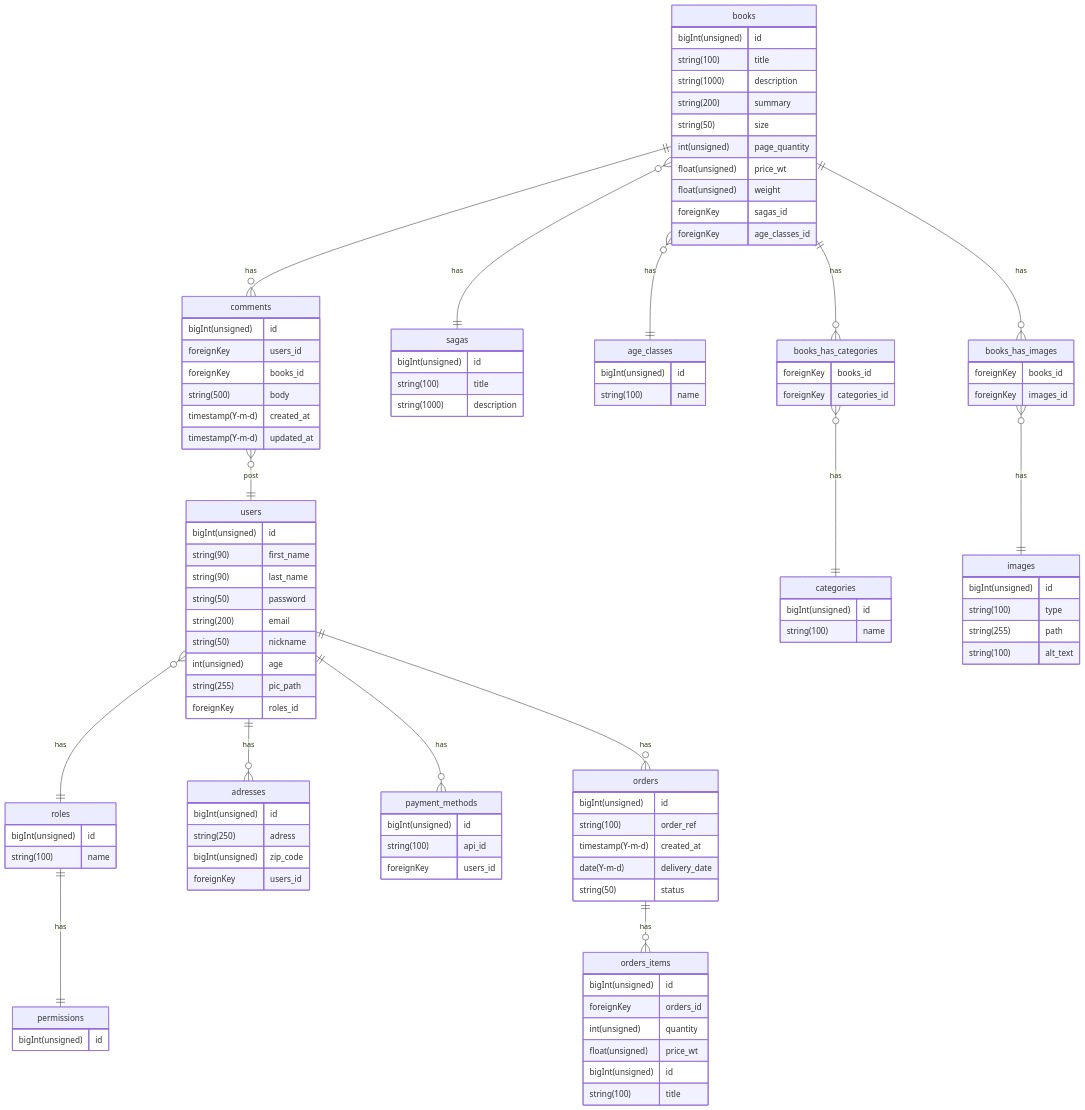
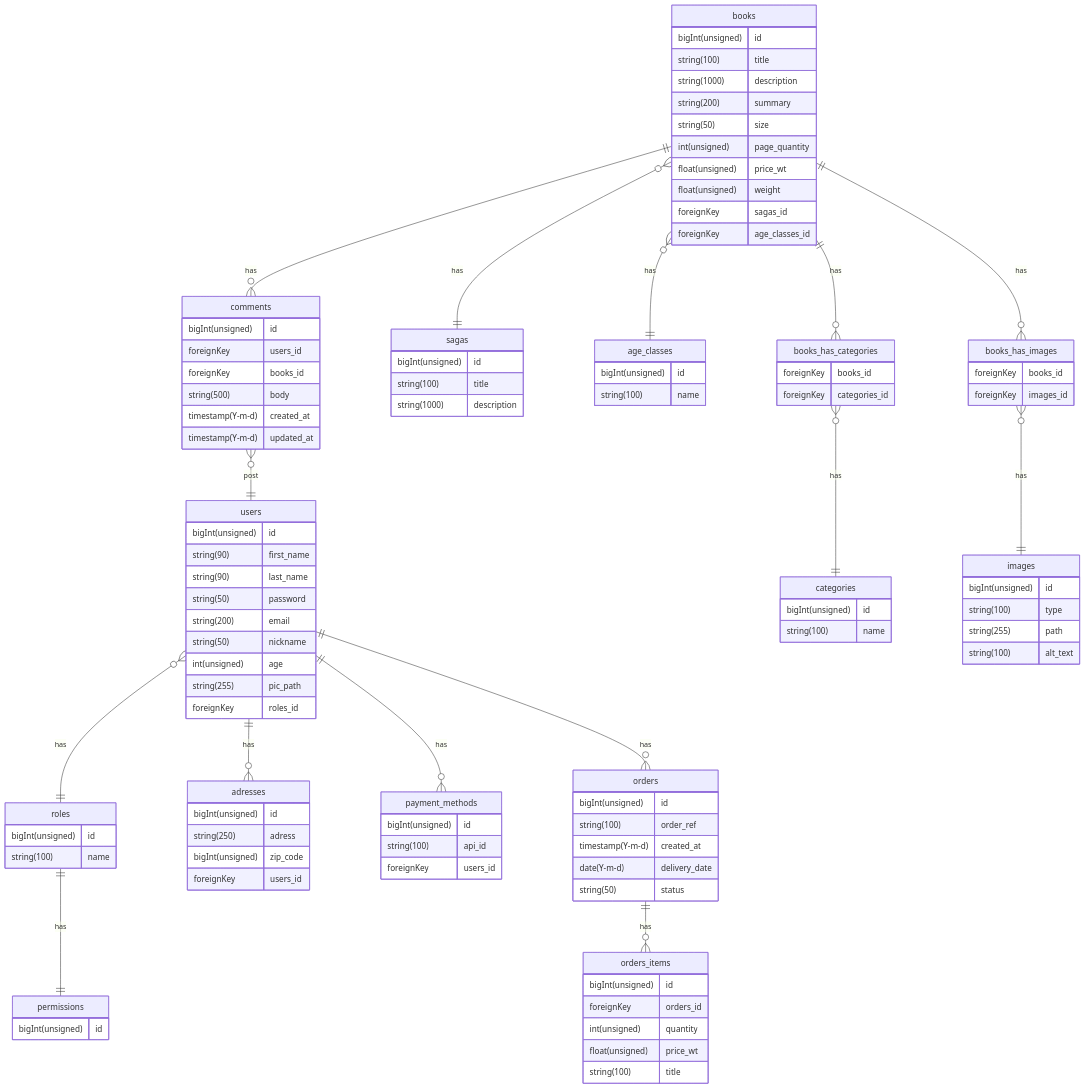
Before and after one commit to charlyol/ECommerce-SCHA: the diagram in doc/dbDiagram.md, drawn with Mermaid.

Commit message:
Creat orders items table and maj doc diagramme

```diff
--- a/doc/dbDiagram.md
+++ b/doc/dbDiagram.md
@@ -58,7 +58,6 @@
 foreignKey orders_id
 int(unsigned)  quantity
 float(unsigned) price_wt
-bigInt(unsigned) id
 string(100) title
 }
 comments {
```
